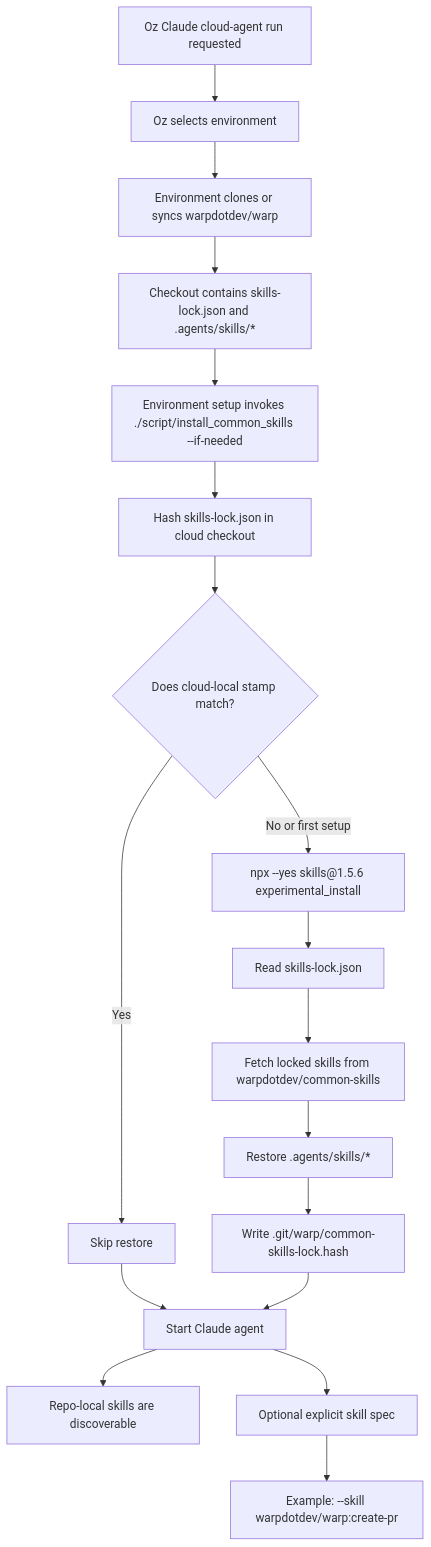
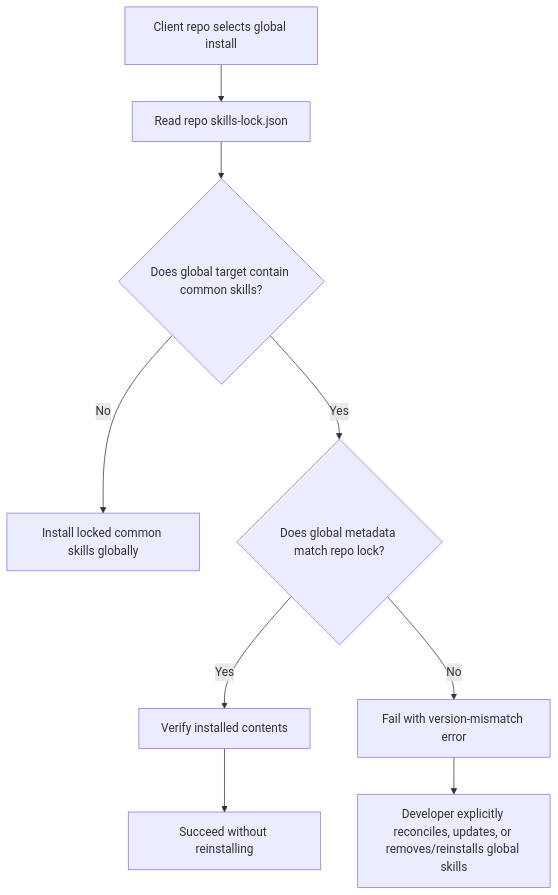
The second of 2 diagrams in specs/common-skills-installation/TECH.md (lawsmd/cortex), drawn with Mermaid before and after one commit. The commit also changed other lines of this file and 20 other files, not shown here.

First line of the commit message:
Move common skills management to common-skills scripts (#10617)

````diff
--- a/specs/common-skills-installation/TECH.md
+++ b/specs/common-skills-installation/TECH.md
@@ -41,23 +43,11 @@
 ```mermaid
 flowchart TD
-  A["Oz Claude cloud-agent run requested"] --> B["Oz selects environment"]
-  B --> C["Environment clones or syncs warpdotdev/warp"]
-  C --> D["Checkout contains skills-lock.json and .agents/skills/*"]
-
-  D --> E["Environment setup invokes ./script/install_common_skills --if-needed"]
-  E --> F["Hash skills-lock.json in cloud checkout"]
-  F --> G{"Does cloud-local stamp match?"}
-
-  G -->|Yes| H["Skip restore"]
-  G -->|No or first setup| I["npx --yes skills@1.5.6 experimental_install"]
-  I --> J["Read skills-lock.json"]
-  J --> K["Fetch locked skills from warpdotdev/common-skills"]
-  K --> L["Restore .agents/skills/*"]
-  L --> M["Write .git/warp/common-skills-lock.hash"]
-
-  H --> N["Start Claude agent"]
-  M --> N
-  N --> O["Repo-local skills are discoverable"]
-  N --> P["Optional explicit skill spec"]
-  P --> Q["Example: --skill warpdotdev/warp:create-pr"]
+  A["Client repo selects global install"] --> B["Read repo skills-lock.json"]
+  B --> C{"Does global target contain common skills?"}
+  C -->|No| D["Install locked common skills globally"]
+  C -->|Yes| E{"Does global metadata match repo lock?"}
+  E -->|Yes| F["Verify installed contents"]
+  F --> G["Succeed without reinstalling"]
+  E -->|No| H["Fail with version-mismatch error"]
+  H --> I["Developer explicitly reconciles, updates, or removes/reinstalls global skills"]
 ```
````
